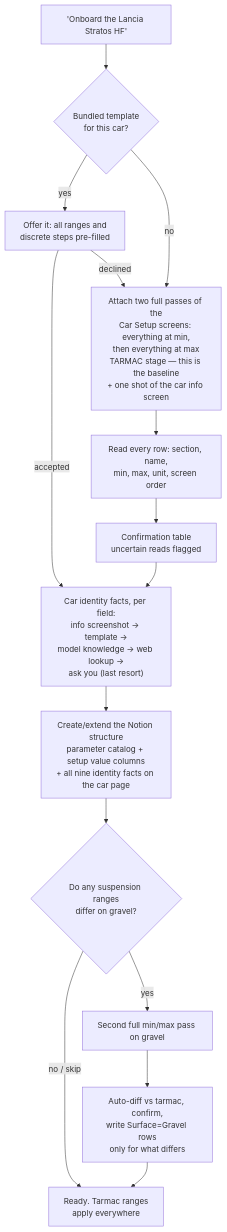
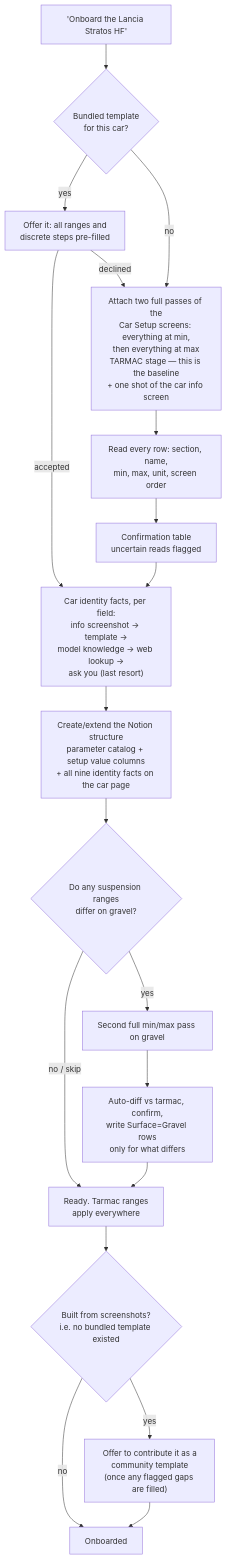
The fourth of 6 diagrams in README.md (fredmayor88/acr-setup-engineer), drawn with Mermaid before and after one commit. The commit also changed other lines of this file and 3 other files, not shown here.

````diff
--- a/README.md
+++ b/README.md
@@ -399,21 +406,26 @@
 ```mermaid
 flowchart TD
     Req["'Onboard the Lancia Stratos HF'"] --> Tpl{"Bundled template<br/>for this car?"}
 
     Tpl -->|"yes"| Offer["Offer it: all ranges and<br/>discrete steps pre-filled"]
     Offer -->|"accepted"| Facts
     Offer -->|"declined"| Shots
     Tpl -->|"no"| Shots["Attach two full passes of the<br/>Car Setup screens: everything at min,<br/>then everything at max<br/>TARMAC stage — this is the baseline<br/>+ one shot of the car info screen"]
 
     Shots --> Extract["Read every row: section, name,<br/>min, max, unit, screen order"]
     Extract --> Confirm["Confirmation table<br/>uncertain reads flagged"]
     Confirm --> Facts["Car identity facts, per field:<br/>info screenshot → template →<br/>model knowledge → web lookup →<br/>ask you (last resort)"]
 
     Facts --> Notion["Create/extend the Notion structure<br/>parameter catalog + setup value columns<br/>+ all nine identity facts on the car page"]
     Notion --> Gravel{"Do any suspension ranges<br/>differ on gravel?"}
 
     Gravel -->|"no / skip"| Done["Ready. Tarmac ranges<br/>apply everywhere"]
     Gravel -->|"yes"| Second["Second full min/max pass on gravel"]
     Second --> Diff["Auto-diff vs tarmac, confirm,<br/>write Surface=Gravel rows<br/>only for what differs"]
     Diff --> Done
+
+    Done --> Contrib{"Built from screenshots?<br/>i.e. no bundled template existed"}
+    Contrib -->|"no"| End["Onboarded"]
+    Contrib -->|"yes"| Share["Offer to contribute it as a<br/>community template<br/>(once any flagged gaps are filled)"]
+    Share --> End
 ```
````
